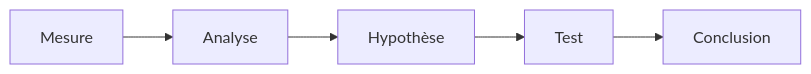
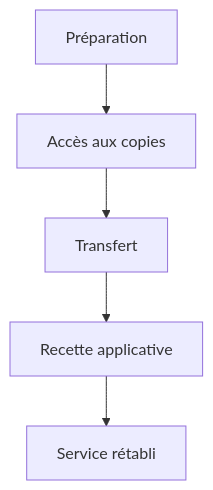
One commit to biggyseven/Skill-Tree changed the fifth of 6 diagrams in content/lessons/maint-sauvegarde-intermediaire.md. Above: the diagram before and after it, drawn with Mermaid. The commit also changed other lines of this file, not shown here.

````diff
--- a/content/lessons/maint-sauvegarde-intermediaire.md
+++ b/content/lessons/maint-sauvegarde-intermediaire.md
@@ -83,4 +95,7 @@
 ```mermaid
-flowchart LR
-  A[Mesure] --> B[Analyse] --> C[Hypothèse] --> D[Test] --> E[Conclusion]
+flowchart TD
+  A[Préparation] --> B[Accès aux copies]
+  B --> C[Transfert]
+  C --> D[Recette applicative]
+  D --> E[Service rétabli]
 ```
````
